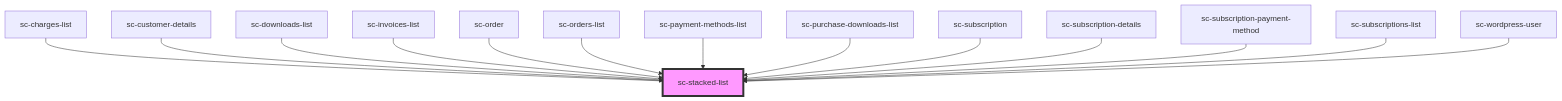
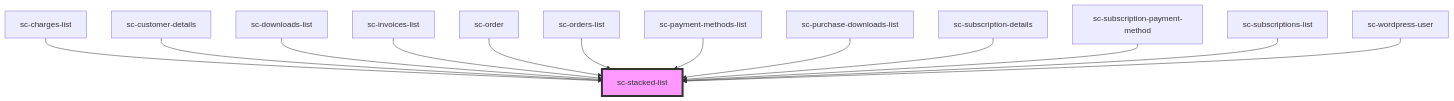
Before and after one commit to surecart/surecart-wp-plugin: the diagram in packages/components/src/components/ui/stacked-list/readme.md, drawn with Mermaid. The commit also changed other lines of this file and 44 other files, not shown here.

````diff
--- a/packages/components/src/components/ui/stacked-list/readme.md
+++ b/packages/components/src/components/ui/stacked-list/readme.md
@@ -27,17 +26,16 @@
 ```mermaid
 graph TD;
   sc-charges-list --> sc-stacked-list
   sc-customer-details --> sc-stacked-list
   sc-downloads-list --> sc-stacked-list
   sc-invoices-list --> sc-stacked-list
   sc-order --> sc-stacked-list
   sc-orders-list --> sc-stacked-list
   sc-payment-methods-list --> sc-stacked-list
   sc-purchase-downloads-list --> sc-stacked-list
-  sc-subscription --> sc-stacked-list
   sc-subscription-details --> sc-stacked-list
   sc-subscription-payment-method --> sc-stacked-list
   sc-subscriptions-list --> sc-stacked-list
   sc-wordpress-user --> sc-stacked-list
   style sc-stacked-list fill:#f9f,stroke:#333,stroke-width:4px
 ```
````
